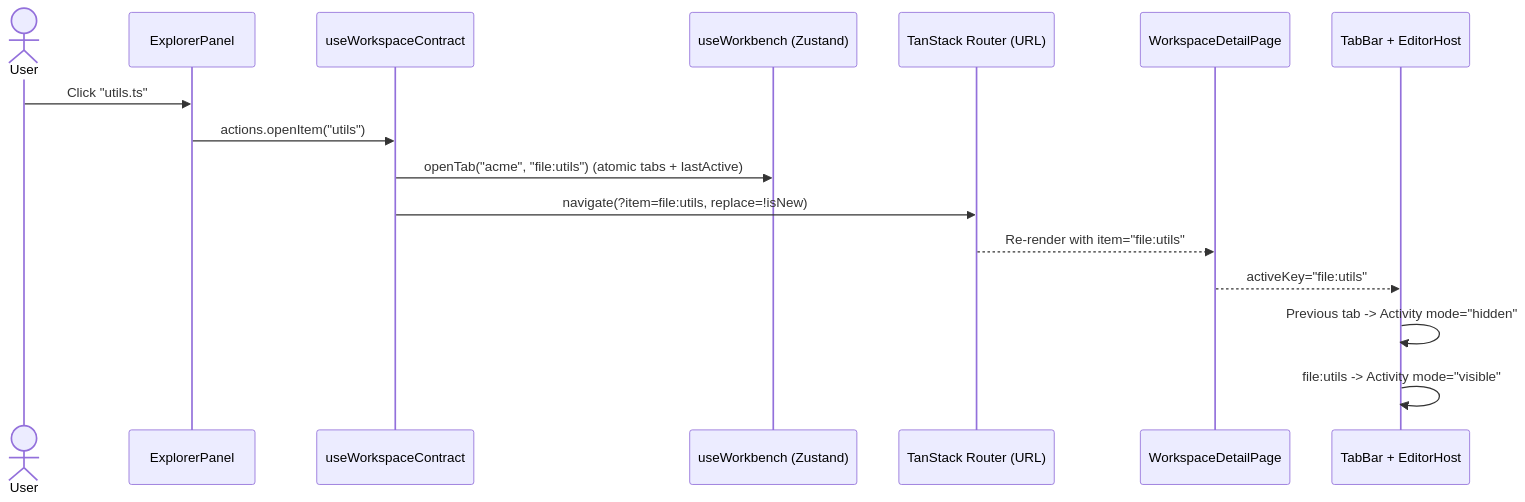
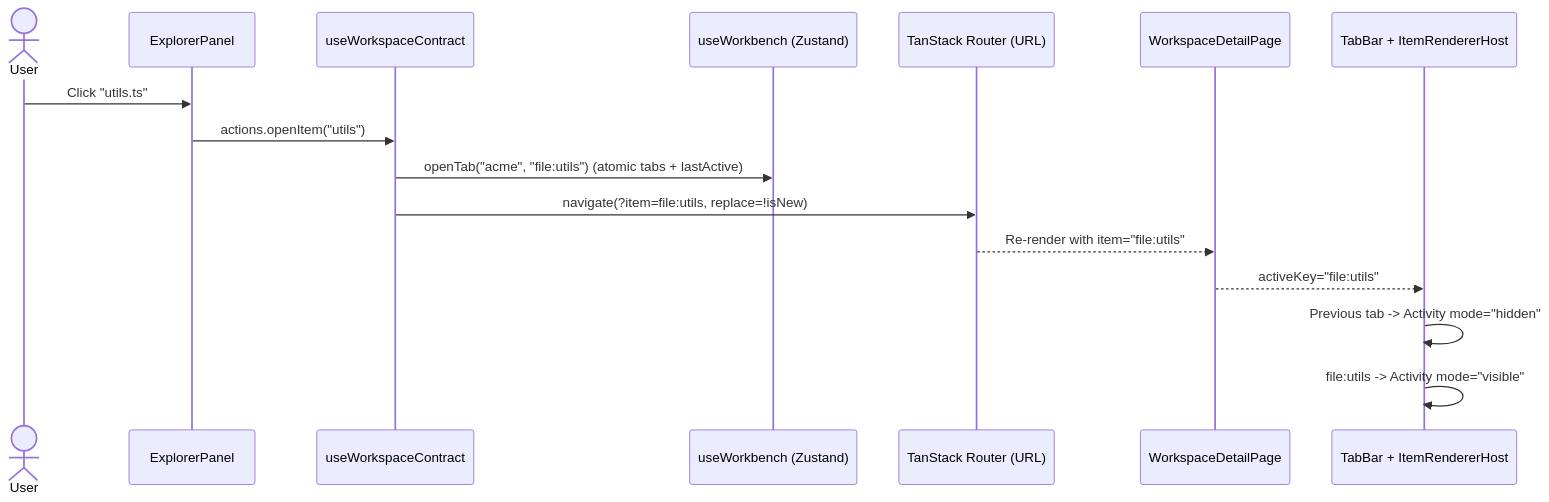
One commit to ppongtong/ide-shell changed the seventh of 12 diagrams in docs/DESIGN.md. Above: the diagram before and after it, drawn with Mermaid. The commit also changed other lines of this file and 3 other files, not shown here.

Commit message:
Rename EditorHost to ItemRendererHost

````diff
--- a/docs/DESIGN.md
+++ b/docs/DESIGN.md
@@ -382,19 +382,19 @@
 ```mermaid
 sequenceDiagram
     actor User
     participant Exp as ExplorerPanel
     participant WsC as useWorkspaceContract
     participant Store as useWorkbench (Zustand)
     participant Router as TanStack Router (URL)
     participant Page as WorkspaceDetailPage
-    participant Host as TabBar + EditorHost
+    participant Host as TabBar + ItemRendererHost
 
     User->>Exp: Click "utils.ts"
     Exp->>WsC: actions.openItem("utils")
     WsC->>Store: openTab("acme", "file:utils") (atomic tabs + lastActive)
     WsC->>Router: navigate(?item=file:utils, replace=!isNew)
     Router-->>Page: Re-render with item="file:utils"
     Page-->>Host: activeKey="file:utils"
     Host->>Host: Previous tab -> Activity mode="hidden"
     Host->>Host: file:utils -> Activity mode="visible"
 ```
````
